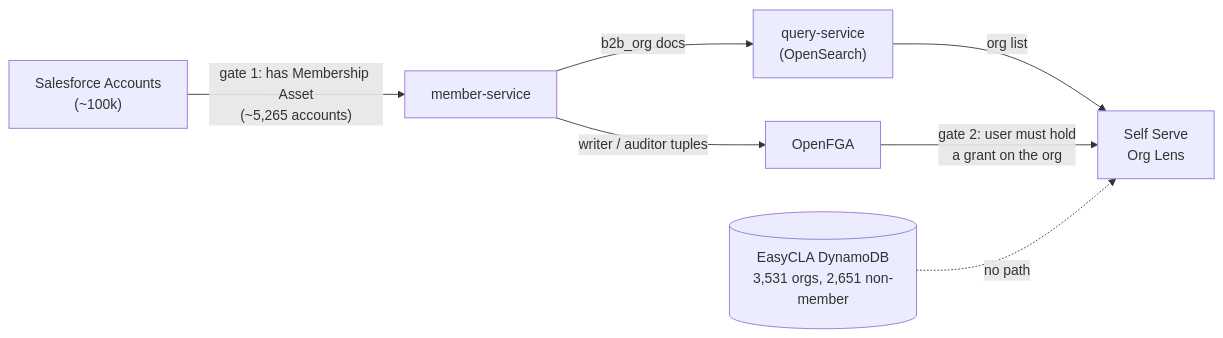
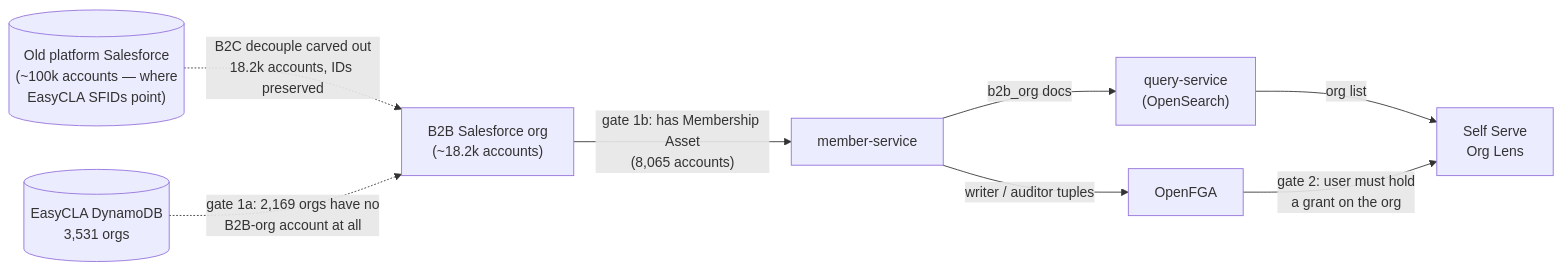
One commit to linuxfoundation/easycla changed the first of 2 diagrams in specs/001-easycla-ss-integration-fable/06-m3-org-visibility-and-access.md. Above: the diagram before and after it, drawn with Mermaid. The commit also changed other lines of this file, not shown here.

First line of the commit message:
docs: correct M3 gap numbers against the B2B Salesforce org

````diff
--- a/specs/001-easycla-ss-integration-fable/06-m3-org-visibility-and-access.md
+++ b/specs/001-easycla-ss-integration-fable/06-m3-org-visibility-and-access.md
@@ -25,9 +29,10 @@
 ```mermaid
 flowchart LR
-    SF["Salesforce Accounts<br/>(~100k)"] -->|"gate 1: has Membership Asset<br/>(~5,265 accounts)"| MS["member-service"]
+    OLD[("Old platform Salesforce<br/>(~100k accounts — where<br/>EasyCLA SFIDs point)")] -.->|"B2C decouple carved out<br/>18.2k accounts, IDs preserved"| SF
+    SF["B2B Salesforce org<br/>(~18.2k accounts)"] -->|"gate 1b: has Membership Asset<br/>(8,065 accounts)"| MS["member-service"]
     MS -->|"b2b_org docs"| QS["query-service<br/>(OpenSearch)"]
     MS -->|"writer / auditor tuples"| FGA["OpenFGA"]
     QS -->|"org list"| SS["Self Serve<br/>Org Lens"]
     FGA -->|"gate 2: user must hold<br/>a grant on the org"| SS
-    CLA[("EasyCLA DynamoDB<br/>3,531 orgs, 2,651 non-member")] -.->|"no path"| SS
+    CLA[("EasyCLA DynamoDB<br/>3,531 orgs")] -.->|"gate 1a: 2,169 orgs have no<br/>B2B-org account at all"| SF
 ```
````
